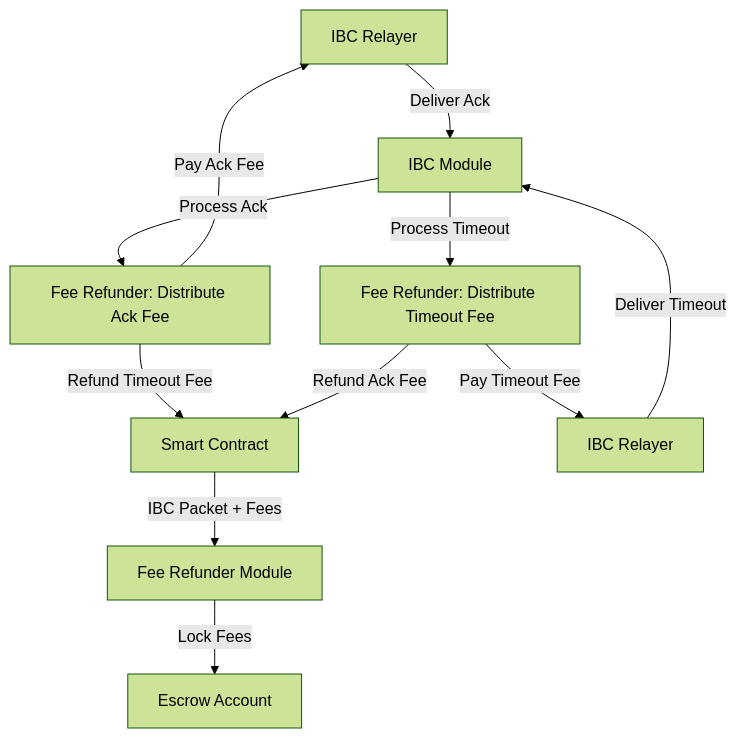
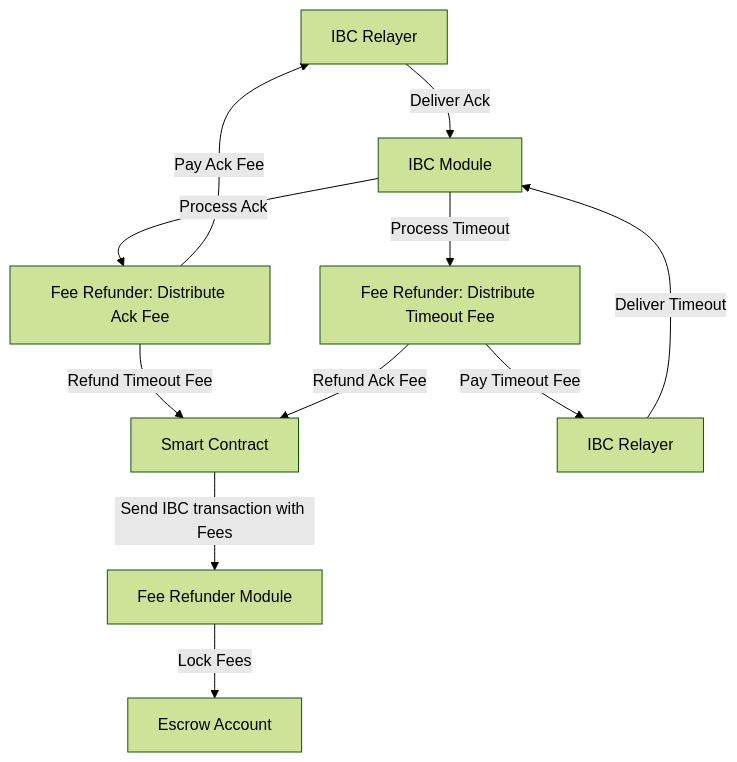
Before and after one commit to neutron-org/neutron-docs: the diagram in developers/modules/feerefunder/explanation.mdx, drawn with Mermaid (forest theme). The commit also changed 12 other files, not shown here.

````diff
--- a/developers/modules/feerefunder/explanation.mdx
+++ b/developers/modules/feerefunder/explanation.mdx
@@ -39,13 +39,13 @@
 ```mermaid
 graph TD
-    A[Smart Contract] -->|IBC Packet + Fees| B[Fee Refunder Module]
+    A[Smart Contract] -->|Send IBC transaction with Fees| B[Fee Refunder Module]
     B -->|Lock Fees| C[Escrow Account]
     D[IBC Relayer] -->|Deliver Ack| E[IBC Module]
     F[IBC Relayer] -->|Deliver Timeout| E
     E -->|Process Ack| G[Fee Refunder: Distribute Ack Fee]
     E -->|Process Timeout| H[Fee Refunder: Distribute Timeout Fee]
     G -->|Pay Ack Fee| D
     G -->|Refund Timeout Fee| A
     H -->|Pay Timeout Fee| F
     H -->|Refund Ack Fee| A
 ```
````
